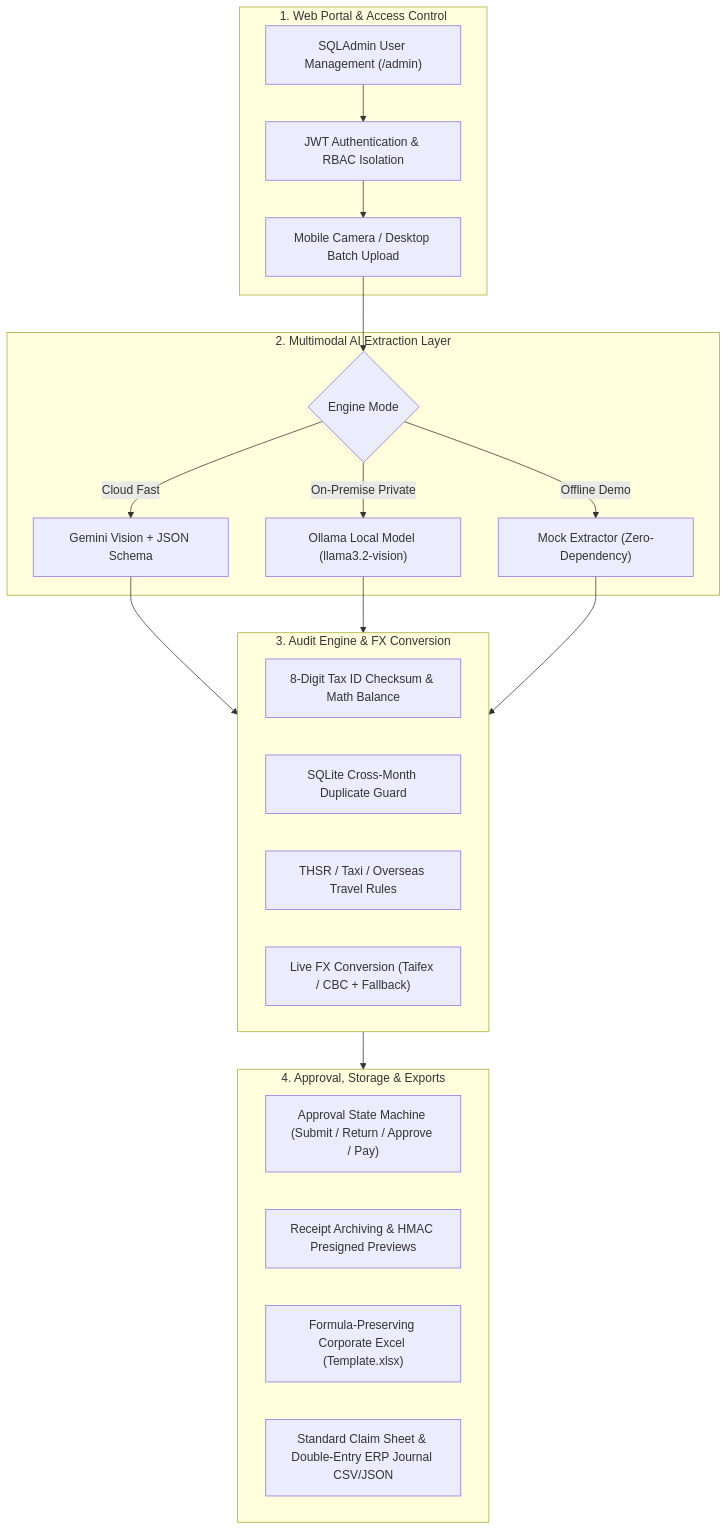
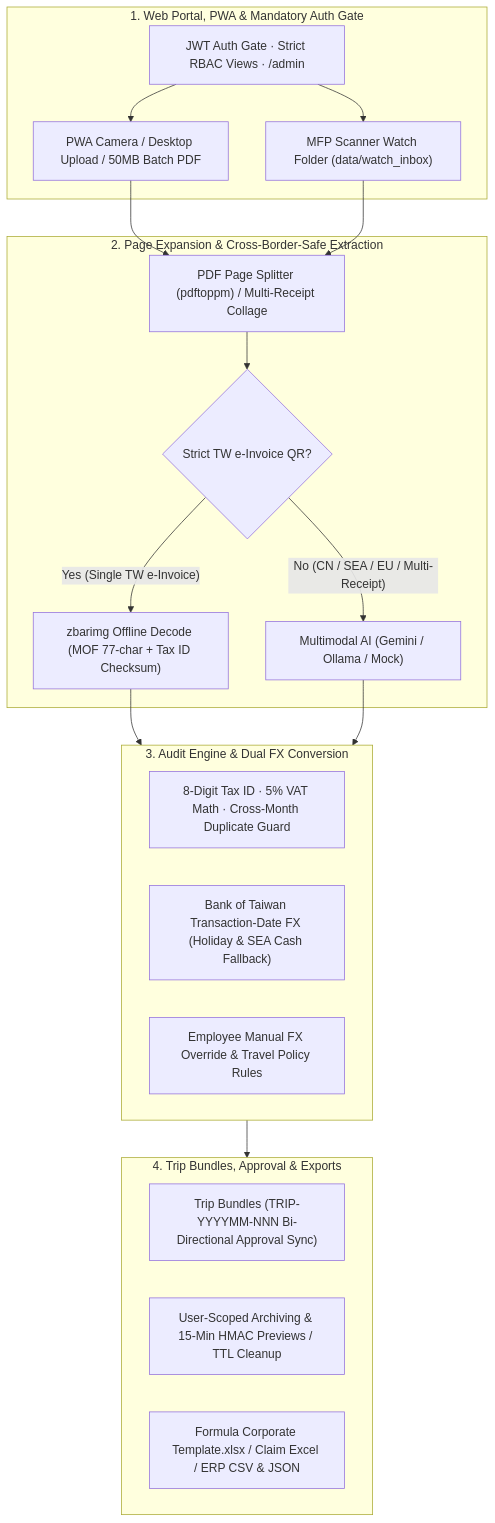
One commit to Json105/AI-Invoice-Auditor changed the diagram in README_EN.md. Above: the diagram before and after it, drawn with Mermaid. The commit also changed other lines of this file and 3 other files, not shown here.

Commit message:
docs: update bilingual READMEs with latest features and expose Ollama option in web UI

````diff
--- a/README_EN.md
+++ b/README_EN.md
@@ -78,37 +78,38 @@
 ```mermaid
 flowchart TD
-    subgraph Client["1. Web Portal & Access Control"]
-        U1["Mobile Camera / Desktop Batch Upload"]
-        U2["JWT Authentication & RBAC Isolation"]
-        U3["SQLAdmin User Management (/admin)"]
+    subgraph Client["1. Web Portal, PWA & Mandatory Auth Gate"]
+        U1["PWA Camera / Desktop Upload / 50MB Batch PDF"]
+        U2["MFP Scanner Watch Folder (data/watch_inbox)"]
+        U3["JWT Auth Gate · Strict RBAC Views · /admin"]
     end
 
-    subgraph AI_Engine["2. Multimodal AI Extraction Layer"]
-        M1{"Engine Mode"}
-        M1 -->|Cloud Fast| G["Gemini Vision + JSON Schema"]
-        M1 -->|On-Premise Private| O["Ollama Local Model (llama3.2-vision)"]
-        M1 -->|Offline Demo| MC["Mock Extractor (Zero-Dependency)"]
+    subgraph PreIngest["2. Page Expansion & Cross-Border-Safe Extraction"]
+        P1["PDF Page Splitter (pdftoppm) / Multi-Receipt Collage"]
+        Q1{"Strict TW e-Invoice QR?"}
+        Q2["zbarimg Offline Decode (MOF 77-char + Tax ID Checksum)"]
+        M1["Multimodal AI (Gemini / Ollama / Mock)"]
     end
 
-    subgraph Audit_FX["3. Audit Engine & FX Conversion"]
-        A1["8-Digit Tax ID Checksum & Math Balance"]
-        A2["SQLite Cross-Month Duplicate Guard"]
-        A3["THSR / Taxi / Overseas Travel Rules"]
-        A4["Live FX Conversion (Taifex / CBC + Fallback)"]
+    subgraph Audit_FX["3. Audit Engine & Dual FX Conversion"]
+        A1["8-Digit Tax ID · 5% VAT Math · Cross-Month Duplicate Guard"]
+        A2["Bank of Taiwan Transaction-Date FX (Holiday & SEA Cash Fallback)"]
+        A3["Employee Manual FX Override & Travel Policy Rules"]
     end
 
-    subgraph Workflow_Export["4. Approval, Storage & Exports"]
-        W1["Approval State Machine (Submit / Return / Approve / Pay)"]
-        W2["Receipt Archiving & HMAC Presigned Previews"]
-        O1["Formula-Preserving Corporate Excel (Template.xlsx)"]
-        O2["Standard Claim Sheet & Double-Entry ERP Journal CSV/JSON"]
+    subgraph Workflow_Export["4. Trip Bundles, Approval & Exports"]
+        W1["Trip Bundles (TRIP-YYYYMM-NNN Bi-Directional Approval Sync)"]
+        W2["User-Scoped Archiving & 15-Min HMAC Previews / TTL Cleanup"]
+        O1["Formula Corporate Template.xlsx / Claim Excel / ERP CSV & JSON"]
     end
 
-    U1 --> M1
-    U2 --> U1
+    U3 --> U1
     U3 --> U2
-    G --> Audit_FX
-    O --> Audit_FX
-    MC --> Audit_FX
+    U1 --> P1
+    U2 --> P1
+    P1 --> Q1
+    Q1 -->|"Yes (Single TW e-Invoice)"| Q2
+    Q1 -->|"No (CN / SEA / EU / Multi-Receipt)"| M1
+    Q2 --> Audit_FX
+    M1 --> Audit_FX
     Audit_FX --> Workflow_Export
 ```
````
